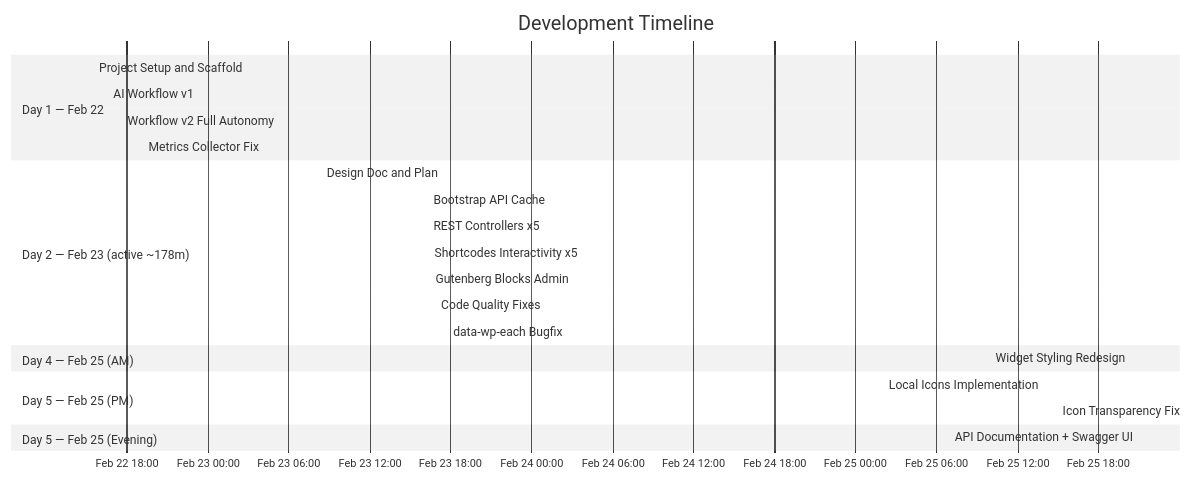
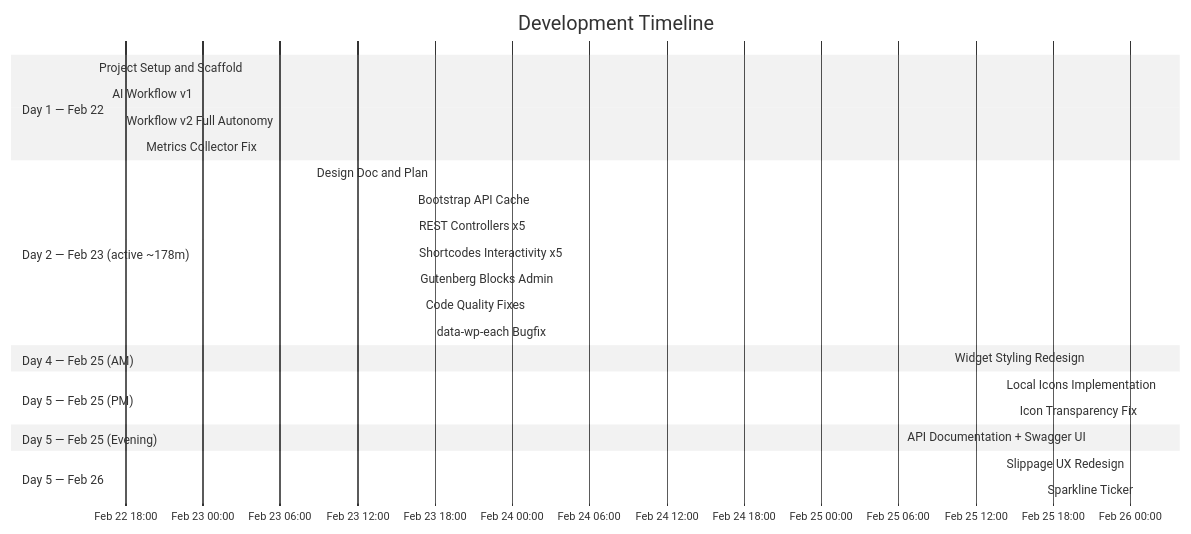
Before and after one commit to atlantdak/claude-code-hackathon-xbo-market-kit: the third of 7 diagrams in README.md, drawn with Mermaid (neutral theme). The commit also changed other lines of this file and 3 other files, not shown here.

````diff
--- a/README.md
+++ b/README.md
@@ -82,26 +84,29 @@
 ```mermaid
 gantt
     title Development Timeline
     dateFormat YYYY-MM-DD HH:mm
     axisFormat %b %d %H:%M
     section Day 1 — Feb 22
     Project Setup and Scaffold   :done, setup, 2026-02-22 15:33, 62min
     AI Workflow v1               :done, wf1, 2026-02-22 16:35, 66min
     Workflow v2 Full Autonomy    :done, wf2, 2026-02-22 17:41, 90min
     Metrics Collector Fix        :done, fix, 2026-02-22 19:11, 18min
     section Day 2 — Feb 23 (active ~178m)
     Design Doc and Plan          :done, plan, 2026-02-23 08:26, 128min
     Bootstrap API Cache          :done, core, 2026-02-23 16:18, 5min
     REST Controllers x5          :done, rest, 2026-02-23 16:22, 4min
     Shortcodes Interactivity x5  :done, sc, 2026-02-23 16:26, 5min
     Gutenberg Blocks Admin       :done, blk, 2026-02-23 16:31, 23min
     Code Quality Fixes           :done, qa, 2026-02-23 16:54, 52min
     data-wp-each Bugfix          :done, bugfix, 2026-02-23 17:46, 1min
     section Day 4 — Feb 25 (AM)
     Widget Styling Redesign    :done, style, 2026-02-25 10:00, 34min
     section Day 5 — Feb 25 (PM)
     Local Icons Implementation :done, icons, 2026-02-25 14:00, 53min
     Icon Transparency Fix      :done, iconfix, 2026-02-25 15:00, 5min
     section Day 5 — Feb 25 (Evening)
     API Documentation + Swagger UI :done, apidocs, 2026-02-25 21:00, 70min
+    section Day 5 — Feb 26
+    Slippage UX Redesign           :done, slippage, 2026-02-26 00:00, 40min
+    Sparkline Ticker               :done, sparkline, 2026-02-26 00:40, 40min
 ```
````
